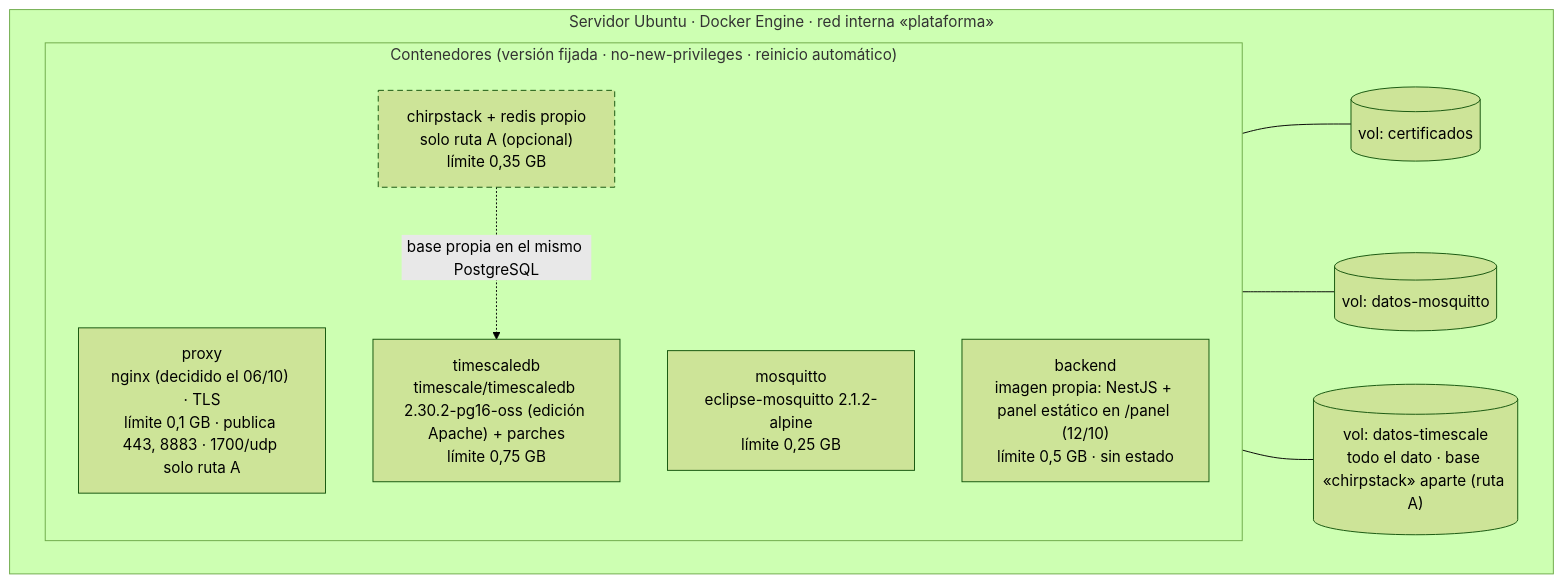
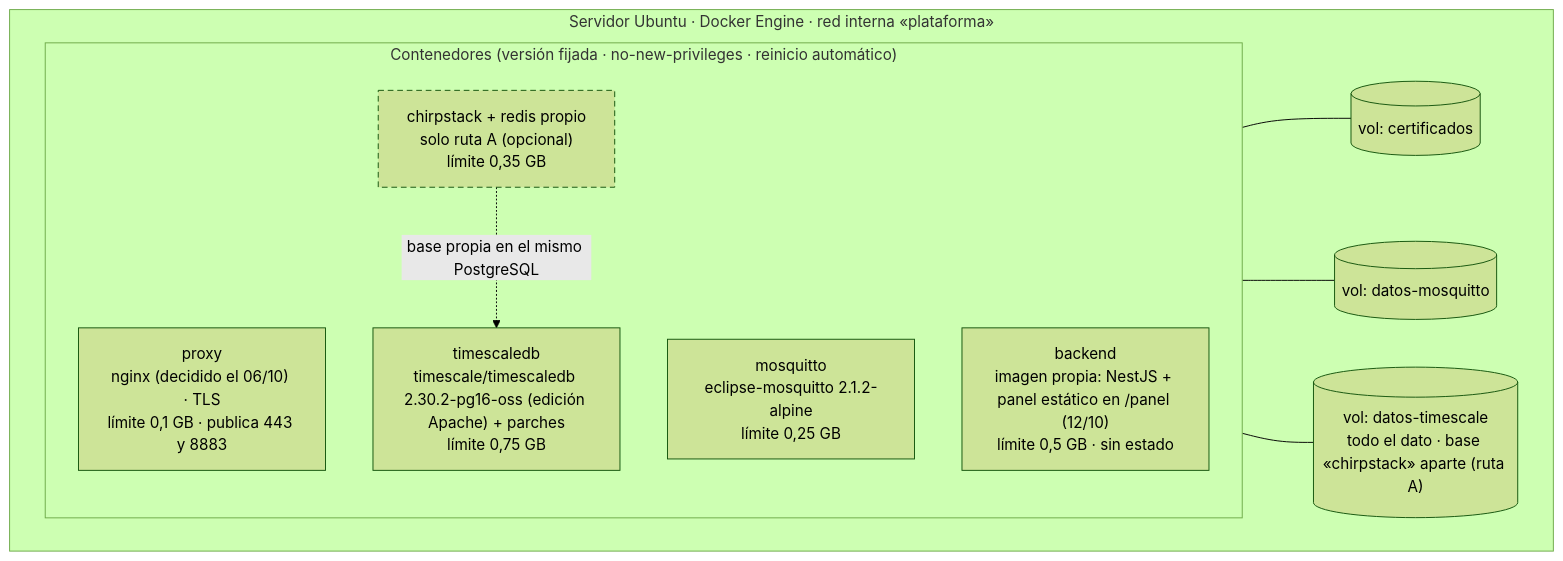
One commit to vicenterami/tesis changed the diagram in informe-oficial/figuras/mermaid/despliegue.mmd. Above: the diagram before and after it, drawn with Mermaid (forest theme). The commit also changed 18 other files, not shown here.

First line of the commit message:
Ruta A con Basics Station en vez de UDP 1700; vías numeradas por protocolo

```diff
--- a/informe-oficial/figuras/mermaid/despliegue.mmd
+++ b/informe-oficial/figuras/mermaid/despliegue.mmd
@@ -1,21 +1,21 @@
 flowchart TB
     subgraph HOST["Servidor Ubuntu · Docker Engine · red interna «plataforma»"]
         direction LR
         subgraph SVC["Contenedores (versión fijada · no-new-privileges · reinicio automático)"]
             direction TB
-            C5["proxy<br/>nginx (decidido el 06/10) · TLS<br/>límite 0,1 GB · publica 443, 8883 · 1700/udp solo ruta A"]
+            C5["proxy<br/>nginx (decidido el 06/10) · TLS<br/>límite 0,1 GB · publica 443 y 8883"]
             C1["mosquitto<br/>eclipse-mosquitto 2.1.2-alpine<br/>límite 0,25 GB"]
             C2["chirpstack + redis propio<br/>solo ruta A (opcional)<br/>límite 0,35 GB"]
             C4["backend<br/>imagen propia: NestJS + panel estático en /panel (12/10)<br/>límite 0,5 GB · sin estado"]
             C3["timescaledb<br/>timescale/timescaledb 2.30.2-pg16-oss (edición Apache) + parches<br/>límite 0,75 GB"]
         end
         V4[("vol: certificados")]
         V2[("vol: datos-mosquitto")]
         V1[("vol: datos-timescale<br/>todo el dato · base «chirpstack» aparte (ruta A)")]
     end
     C5 --- V4
     C1 --- V2
     C3 --- V1
     C2 -. "base propia en el mismo PostgreSQL" .-> C3
     classDef opcional stroke-dasharray:6 4
     class C2 opcional
```
